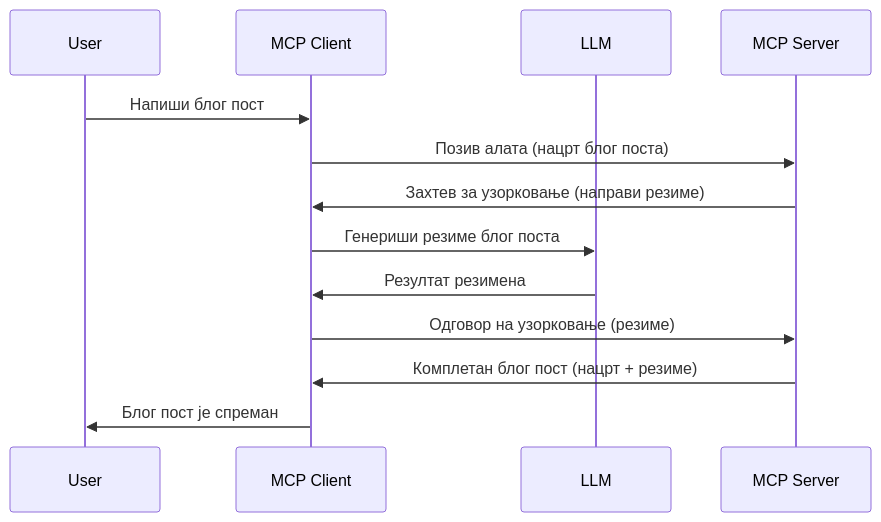
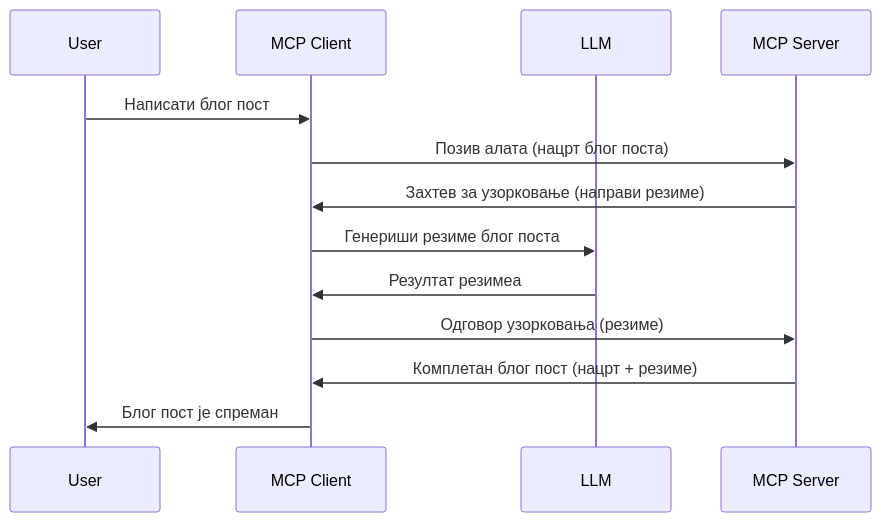
Before and after one commit to HIDORAKAI002/ai-workspace-archive: the diagram in mcp_ecosystem__model_context_protocol/mcp_learning_resources/mcp-for-beginners/translations/sr/03-GettingStarted/14-sampling/README.md, drawn with Mermaid. The commit also changed other lines of this file and 1160 other files, not shown here.

````diff
--- a/mcp_ecosystem__model_context_protocol/mcp_learning_resources/mcp-for-beginners/translations/sr/03-GettingStarted/14-sampling/README.md
+++ b/mcp_ecosystem__model_context_protocol/mcp_learning_resources/mcp-for-beginners/translations/sr/03-GettingStarted/14-sampling/README.md
@@ -23,16 +23,16 @@
 ```mermaid
 sequenceDiagram
     participant User
     participant MCP Client
     participant LLM
     participant MCP Server
 
-    User->>MCP Client: Напиши блог пост
+    User->>MCP Client: Написати блог пост
     MCP Client->>MCP Server: Позив алата (нацрт блог поста)
     MCP Server->>MCP Client: Захтев за узорковање (направи резиме)
     MCP Client->>LLM: Генериши резиме блог поста
-    LLM->>MCP Client: Резултат резимена
-    MCP Client->>MCP Server: Одговор на узорковање (резиме)
+    LLM->>MCP Client: Резултат резимеа
+    MCP Client->>MCP Server: Одговор узорковања (резиме)
     MCP Server->>MCP Client: Комплетан блог пост (нацрт + резиме)
     MCP Client->>User: Блог пост је спреман
 ```
````
